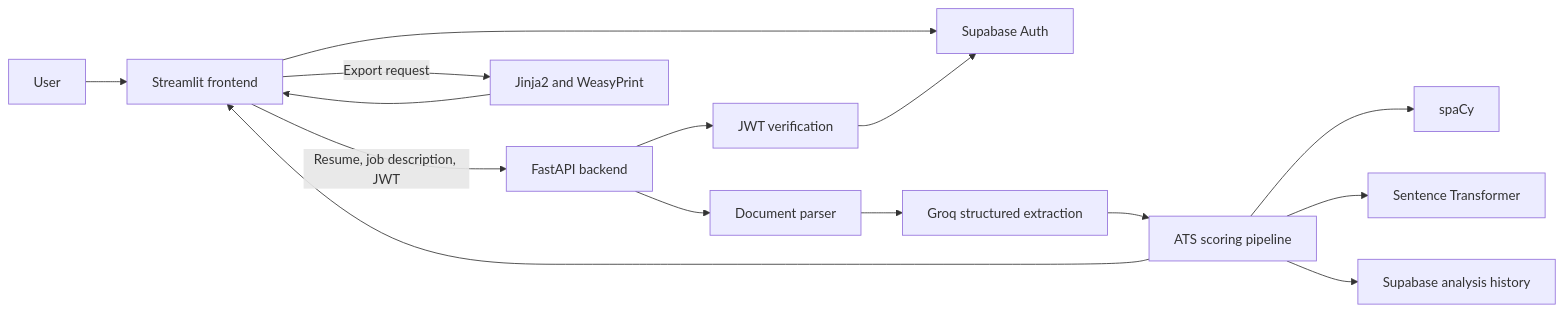
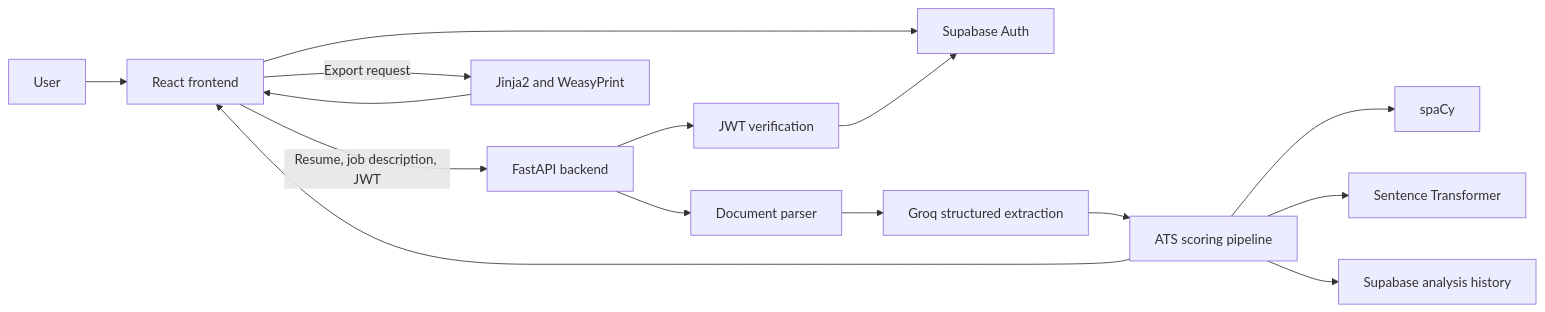
One commit to mani070707/ATS_SCORER changed the first of 2 diagrams in README.md. Above: the diagram before and after it, drawn with Mermaid. The commit also changed other lines of this file and 112 other files, not shown here.

Commit message:
React frontend with deployment config

````diff
--- a/README.md
+++ b/README.md
@@ -50,19 +50,19 @@
 ```mermaid
 flowchart LR
-    U["User"] --> FE["Streamlit frontend"]
+    U["User"] --> FE["React frontend"]
     FE --> SA["Supabase Auth"]
     FE -->|"Resume, job description, JWT"| API["FastAPI backend"]
 
     API --> AUTH["JWT verification"]
     AUTH --> SA
     API --> FILE["Document parser"]
     FILE --> GROQ["Groq structured extraction"]
     GROQ --> SCORE["ATS scoring pipeline"]
     SCORE --> NLP["spaCy"]
     SCORE --> EMB["Sentence Transformer"]
     SCORE --> DB["Supabase analysis history"]
     SCORE --> FE
 
     FE -->|"Export request"| PDF["Jinja2 and WeasyPrint"]
     PDF --> FE
 ```
````
